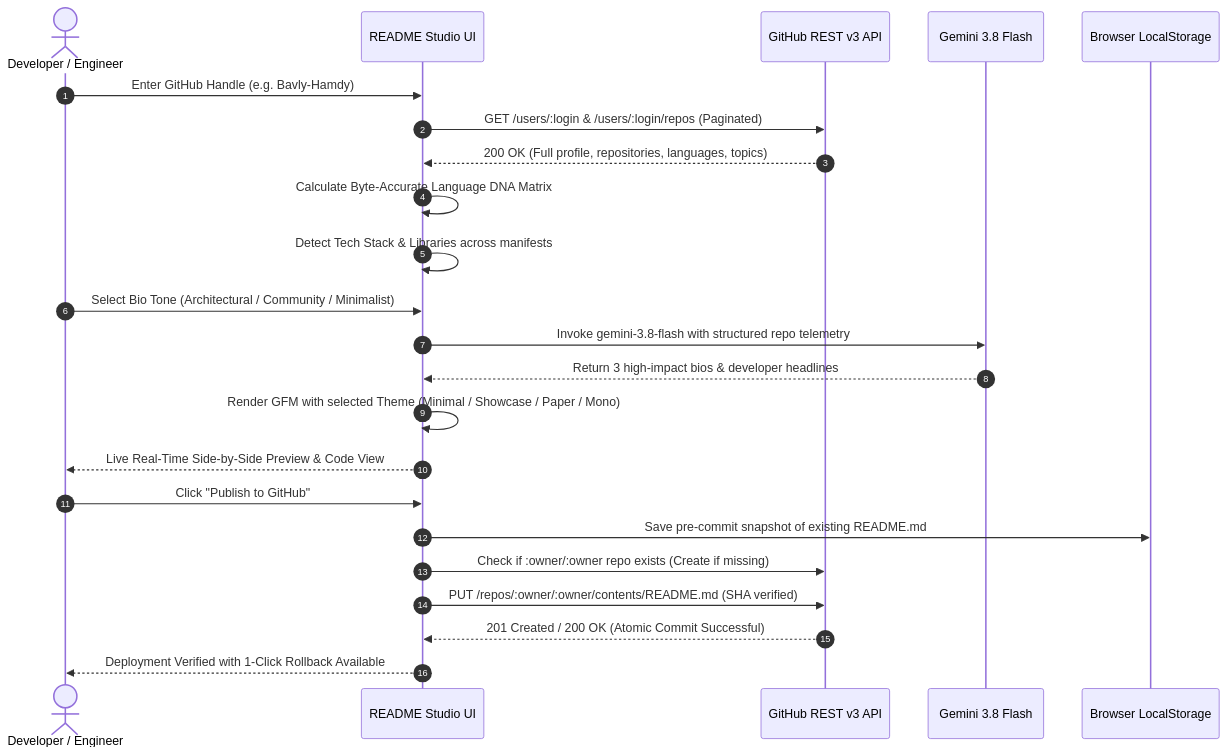
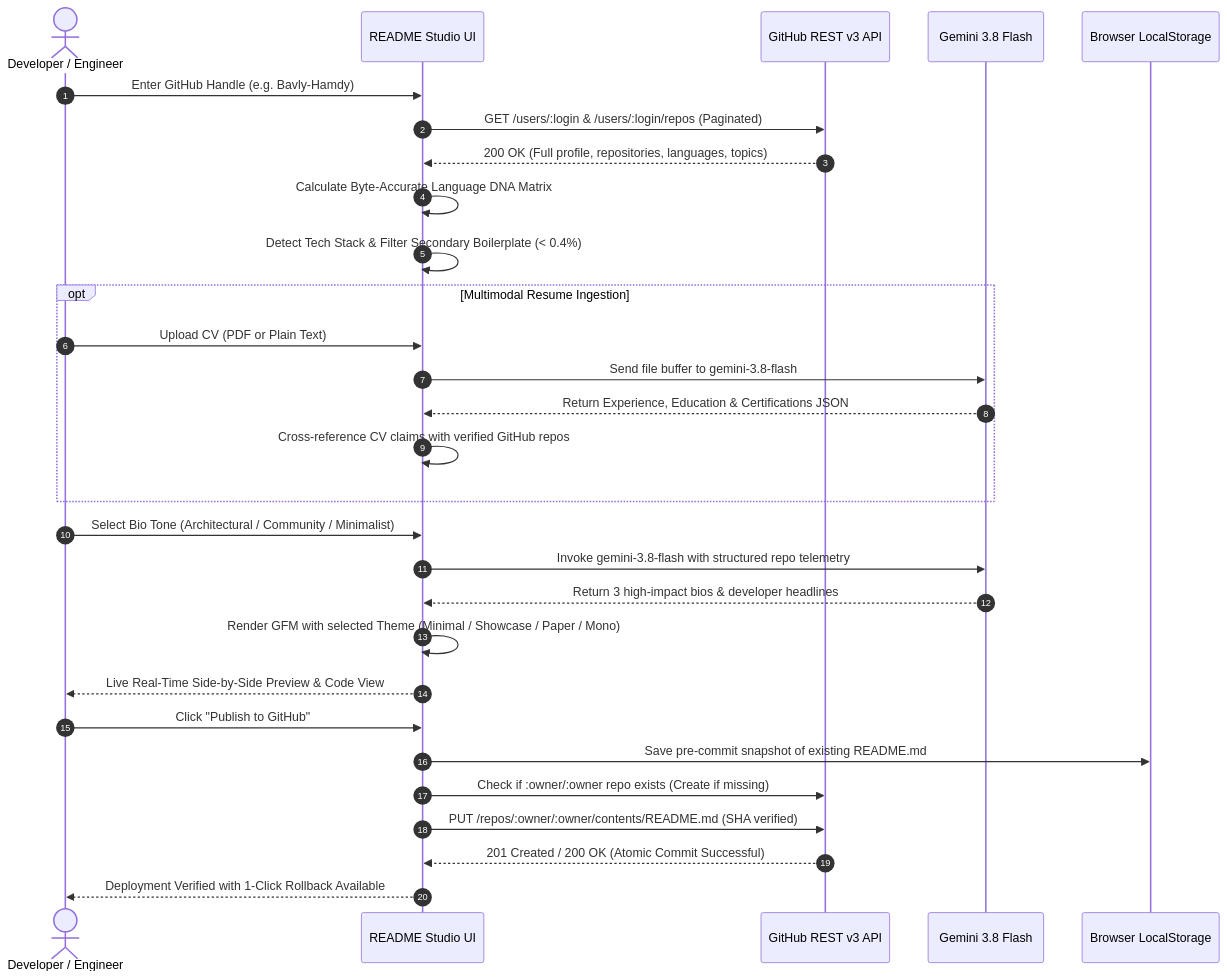
The third of 4 diagrams in README.md (Bavly-Hamdy/readme-studio), drawn with Mermaid before and after one commit. The commit also changed other lines of this file, not shown here.

````diff
--- a/README.md
+++ b/README.md
@@ -180,30 +233,37 @@
 ```mermaid
 sequenceDiagram
     autonumber
     actor Dev as Developer / Engineer
     participant App as README Studio UI
     participant GH as GitHub REST v3 API
     participant AI as Gemini 3.8 Flash
     participant Store as Browser LocalStorage
 
     Dev->>App: Enter GitHub Handle (e.g. Bavly-Hamdy)
     App->>GH: GET /users/:login & /users/:login/repos (Paginated)
     GH-->>App: 200 OK (Full profile, repositories, languages, topics)
     
     App->>App: Calculate Byte-Accurate Language DNA Matrix
-    App->>App: Detect Tech Stack & Libraries across manifests
+    App->>App: Detect Tech Stack & Filter Secondary Boilerplate (< 0.4%)
     
+    opt Multimodal Resume Ingestion
+        Dev->>App: Upload CV (PDF or Plain Text)
+        App->>AI: Send file buffer to gemini-3.8-flash
+        AI-->>App: Return Experience, Education & Certifications JSON
+        App->>App: Cross-reference CV claims with verified GitHub repos
+    end
+
     Dev->>App: Select Bio Tone (Architectural / Community / Minimalist)
     App->>AI: Invoke gemini-3.8-flash with structured repo telemetry
     AI-->>App: Return 3 high-impact bios & developer headlines
     
     App->>App: Render GFM with selected Theme (Minimal / Showcase / Paper / Mono)
     App-->>Dev: Live Real-Time Side-by-Side Preview & Code View
     
     Dev->>App: Click "Publish to GitHub"
     App->>Store: Save pre-commit snapshot of existing README.md
     App->>GH: Check if :owner/:owner repo exists (Create if missing)
     App->>GH: PUT /repos/:owner/:owner/contents/README.md (SHA verified)
     GH-->>App: 201 Created / 200 OK (Atomic Commit Successful)
     App-->>Dev: Deployment Verified with 1-Click Rollback Available
 ```
````
